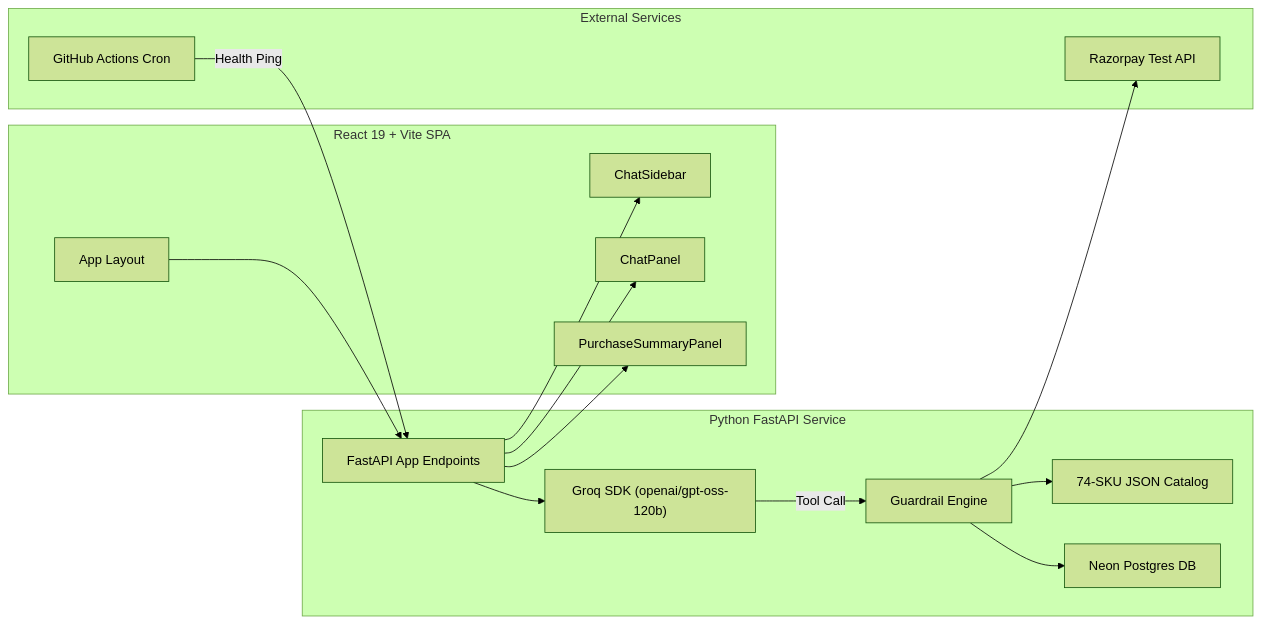
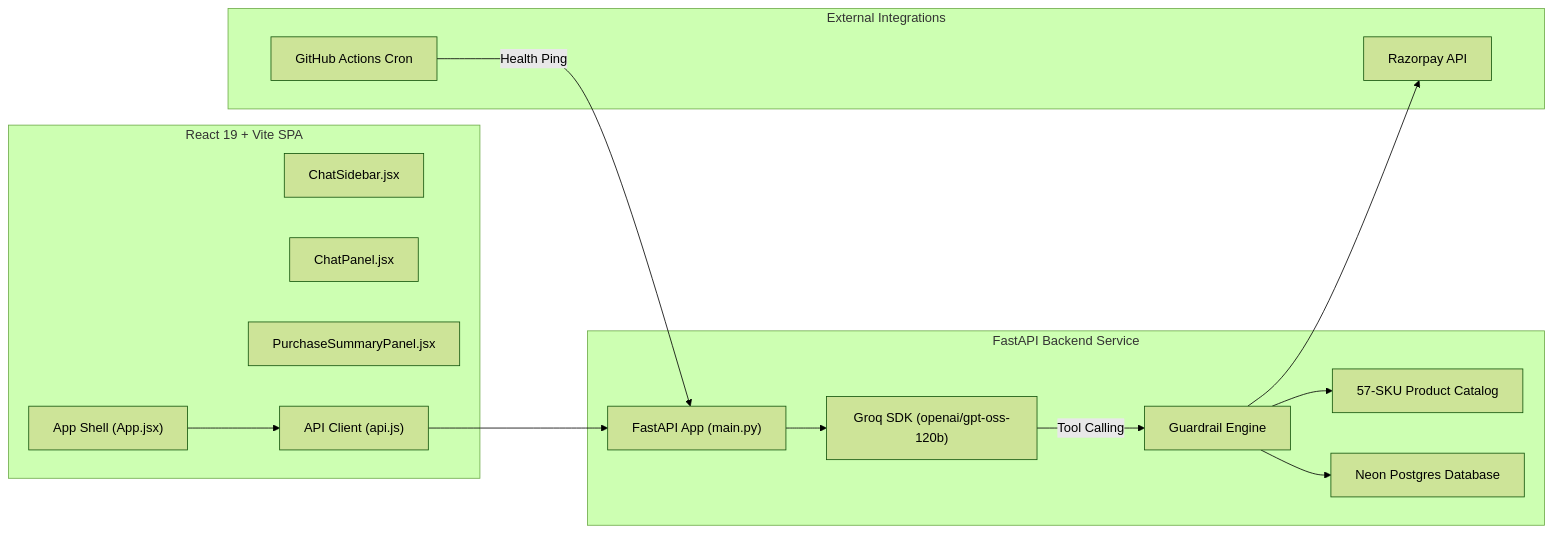
Before and after one commit to Vijajraj/Razorpay_checkout_agent: the second of 6 diagrams in README.md, drawn with Mermaid (forest theme). The commit also changed other lines of this file, not shown here.

Commit message:
Update README.md: remove emojis, add rich ASCII and Mermaid visualizations, improve structure

````diff
--- a/README.md
+++ b/README.md
@@ -123,33 +120,32 @@
 ```mermaid
 graph LR
     subgraph Frontend ["React 19 + Vite SPA"]
-        UI["App Layout"]
-        CS["ChatSidebar"]
-        CP["ChatPanel"]
-        PSP["PurchaseSummaryPanel"]
+        UI["App Shell (App.jsx)"]
+        CS["ChatSidebar.jsx"]
+        CP["ChatPanel.jsx"]
+        PSP["PurchaseSummaryPanel.jsx"]
+        API_CLIENT["API Client (api.js)"]
     end
 
-    subgraph Backend ["Python FastAPI Service"]
-        API["FastAPI App Endpoints"]
+    subgraph Backend ["FastAPI Backend Service"]
+        API["FastAPI App (main.py)"]
         LLM["Groq SDK (openai/gpt-oss-120b)"]
         GE["Guardrail Engine"]
-        CAT["74-SKU JSON Catalog"]
-        DB["Neon Postgres DB"]
+        CAT["57-SKU Product Catalog"]
+        DB["Neon Postgres Database"]
     end
 
-    subgraph External ["External Services"]
-        RZP["Razorpay Test API"]
-        GH["GitHub Actions Cron"]
+    subgraph External ["External Integrations"]
+        RZP["Razorpay API"]
+        GHA["GitHub Actions Cron"]
     end
 
-    UI --> API
+    UI --> API_CLIENT
+    API_CLIENT --> API
     API --> LLM
-    LLM -- Tool Call --> GE
+    LLM -- Tool Calling --> GE
     GE --> CAT
     GE --> DB
     GE --> RZP
-    GH -- Health Ping --> API
-    API --> CS
-    API --> CP
-    API --> PSP
+    GHA -- Health Ping --> API
 ```
````
